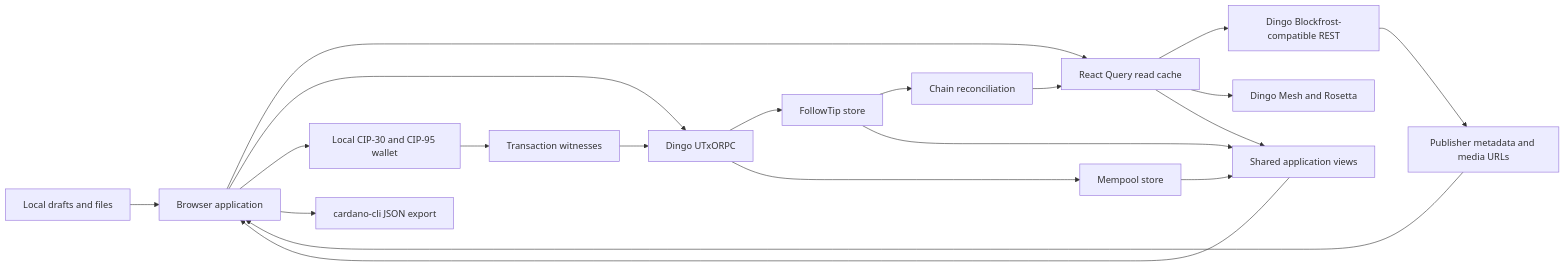
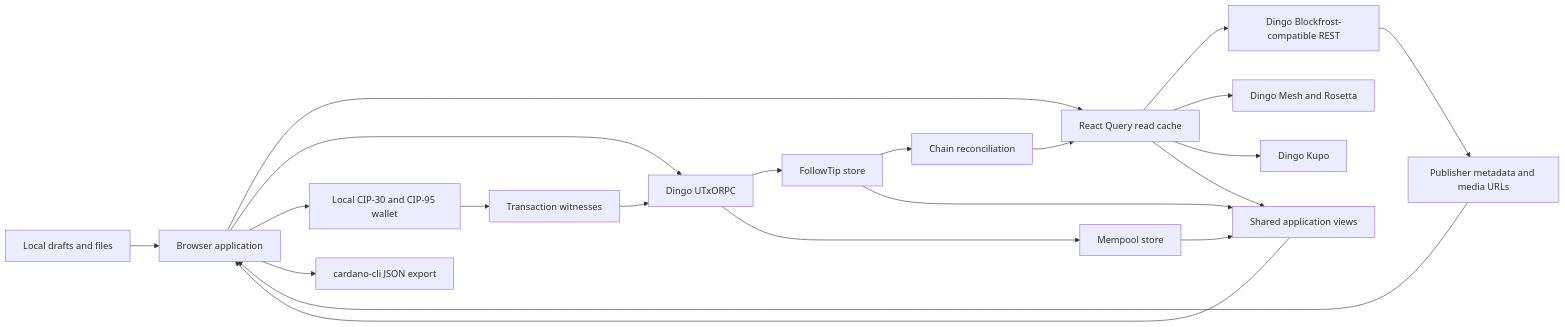
The fourth of 4 diagrams in docs/application-flows.md (blinklabs-io/demo), drawn with Mermaid before and after one commit. The commit also changed other lines of this file and 2 other files, not shown here.

````diff
--- a/docs/application-flows.md
+++ b/docs/application-flows.md
@@ -178,23 +178,24 @@
 ```mermaid
 flowchart LR
   Browser[Browser application]
   Forms[Local drafts and files] --> Browser
   Browser --> Cache[React Query read cache]
   Cache --> REST[Dingo Blockfrost-compatible REST]
   Cache --> Mesh[Dingo Mesh and Rosetta]
+  Cache --> Kupo[Dingo Kupo]
   Browser --> RPC[Dingo UTxORPC]
   RPC --> Tip[FollowTip store]
   RPC --> Mempool[Mempool store]
   Tip --> Reconcile[Chain reconciliation]
   Reconcile --> Cache
   Tip --> Views[Shared application views]
   Mempool --> Views
   Cache --> Views
   Views --> Browser
   Browser --> Wallet[Local CIP-30 and CIP-95 wallet]
   Wallet --> Signed[Transaction witnesses]
   Signed --> RPC
   REST --> Media[Publisher metadata and media URLs]
   Media --> Browser
   Browser --> Export[cardano-cli JSON export]
 ```
````
